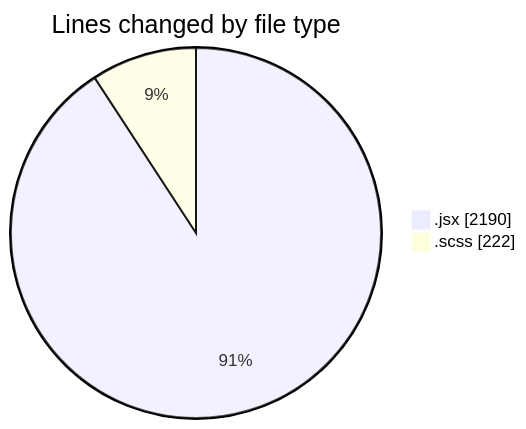
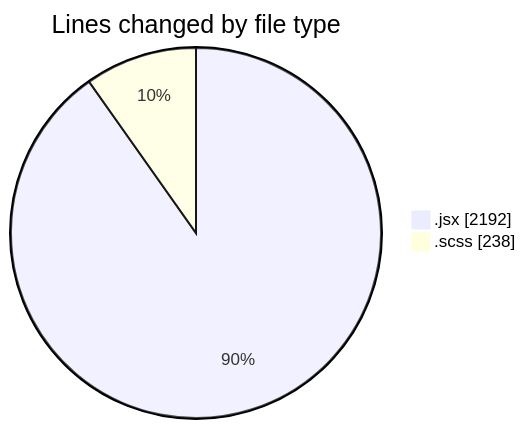
The first of 2 diagrams in 2026-09-02/cda/README.md (momahboobian/code-tracking), drawn with Mermaid before and after one commit. The commit also changed other lines of this file and 1 other file, not shown here.

````diff
--- a/2026-09-02/cda/README.md
+++ b/2026-09-02/cda/README.md
@@ -27,6 +28,6 @@
 ```mermaid
 pie showData
 title Lines changed by file type
-".jsx" : 2190
-".scss" : 222
+".jsx" : 2192
+".scss" : 238
 ```
````
